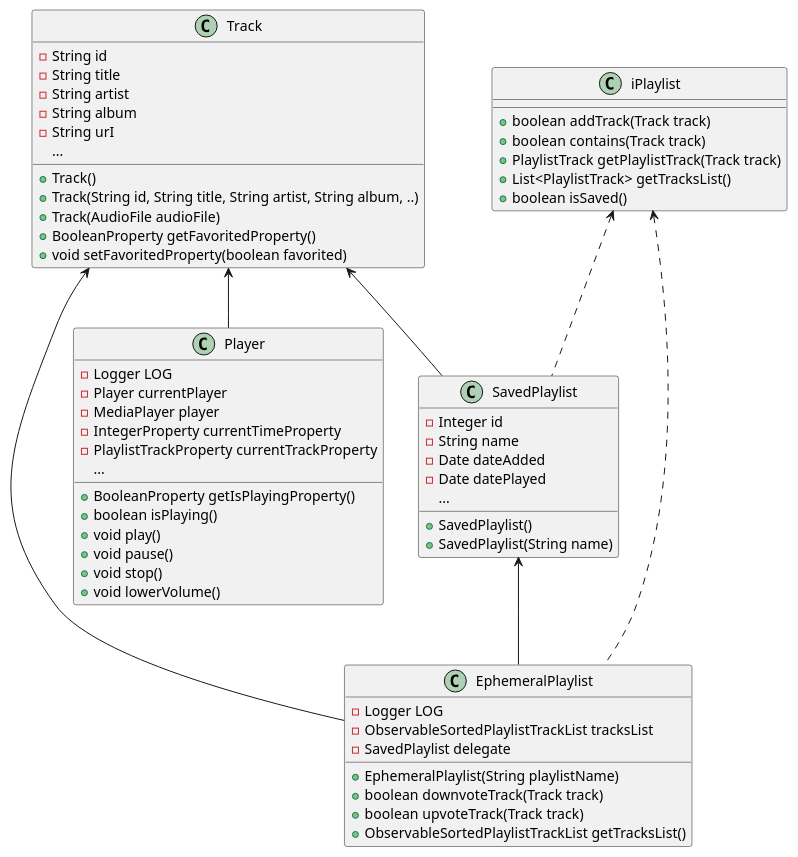
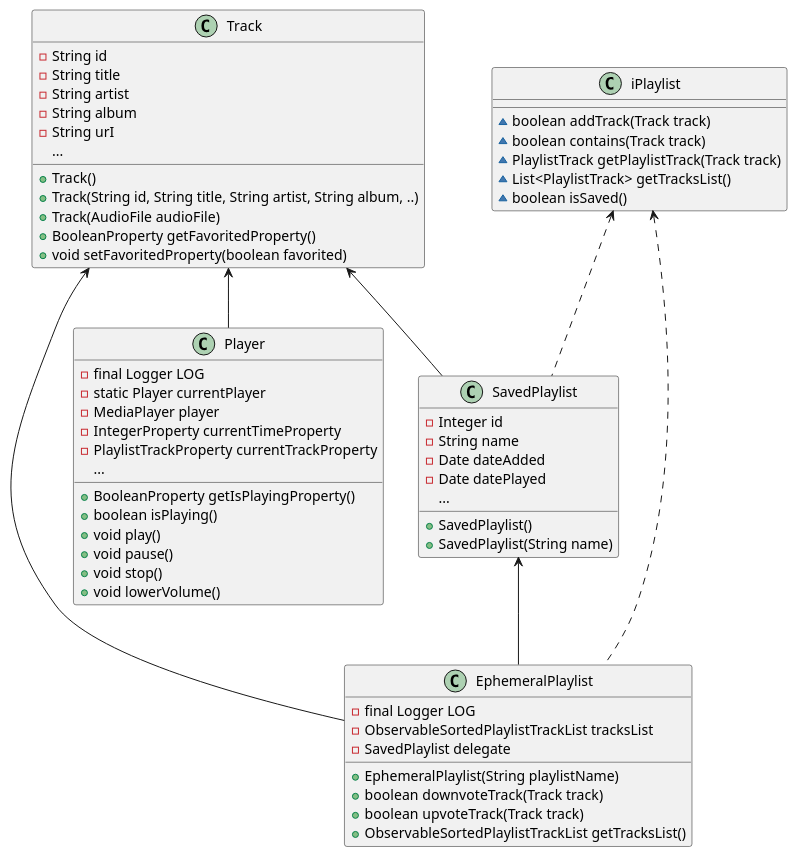
One commit to heig-vd-pro2017/projet changed the diagram in doc/PRO/Diagramme_UMLs/media.puml. Above: the diagram before and after it, drawn with PlantUML. The commit also changed 6 other files, not shown here.

Commit message:
diagramm all package

```diff
--- a/doc/PRO/Diagramme_UMLs/media.puml
+++ b/doc/PRO/Diagramme_UMLs/media.puml
@@ -1,81 +1,81 @@
 @startuml
 
 
 class EphemeralPlaylist{
--Logger LOG
+-final Logger LOG
 -ObservableSortedPlaylistTrackList tracksList
 -SavedPlaylist delegate
 
 +EphemeralPlaylist(String playlistName)
 +boolean downvoteTrack(Track track)
 +boolean upvoteTrack(Track track)
 +ObservableSortedPlaylistTrackList getTracksList()
 
 }
 
 class SavedPlaylist{
 -Integer id
 -String name
 -Date dateAdded
 -Date datePlayed
 ...
 +SavedPlaylist()
 +SavedPlaylist(String name)
 }
 
 class Track{
 -String id
 -String title
 -String artist
 -String album
 -String urI
 ...
 
 +Track()
 +Track(String id, String title, String artist, String album, ..)
 +Track(AudioFile audioFile)
 +BooleanProperty getFavoritedProperty()
 +void setFavoritedProperty(boolean favorited)
 
 
 }
 
 class iPlaylist{
-+boolean addTrack(Track track)
-+boolean contains(Track track)
-+PlaylistTrack getPlaylistTrack(Track track)
-+ List<PlaylistTrack> getTracksList()
-+ boolean isSaved()
+~boolean addTrack(Track track)
+~boolean contains(Track track)
+~PlaylistTrack getPlaylistTrack(Track track)
+~ List<PlaylistTrack> getTracksList()
+~boolean isSaved()
 }
 
 class Player{
--Logger LOG
--Player currentPlayer
+-final Logger LOG
+-static Player currentPlayer
 -MediaPlayer player
 -IntegerProperty currentTimeProperty
 -PlaylistTrackProperty currentTrackProperty
 ...
 
 +BooleanProperty getIsPlayingProperty()
 +boolean isPlaying()
 +void play()
 +void pause()
 +void stop()
 +void lowerVolume()
 
 }
 
 
 Track <-- EphemeralPlaylist
 
 SavedPlaylist <-- EphemeralPlaylist
 Track <-- SavedPlaylist
 
 iPlaylist <.. SavedPlaylist
 iPlaylist <.. EphemeralPlaylist
 Track <-- Player
 
 
 
 
 @enduml
```
